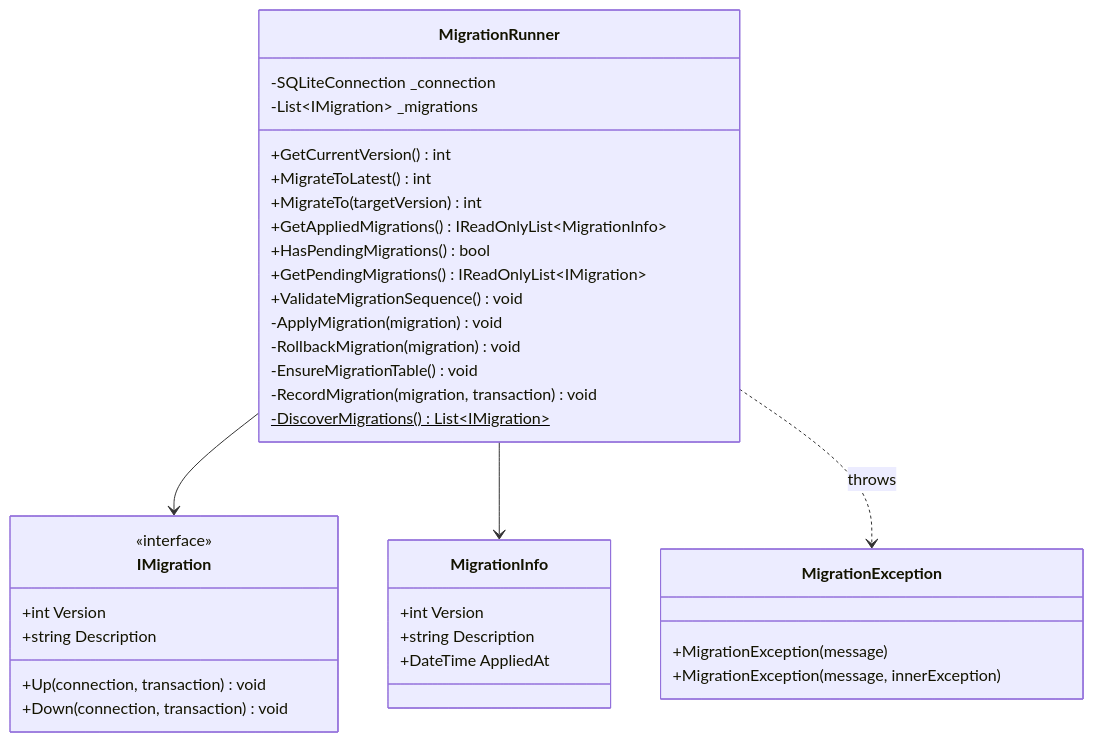
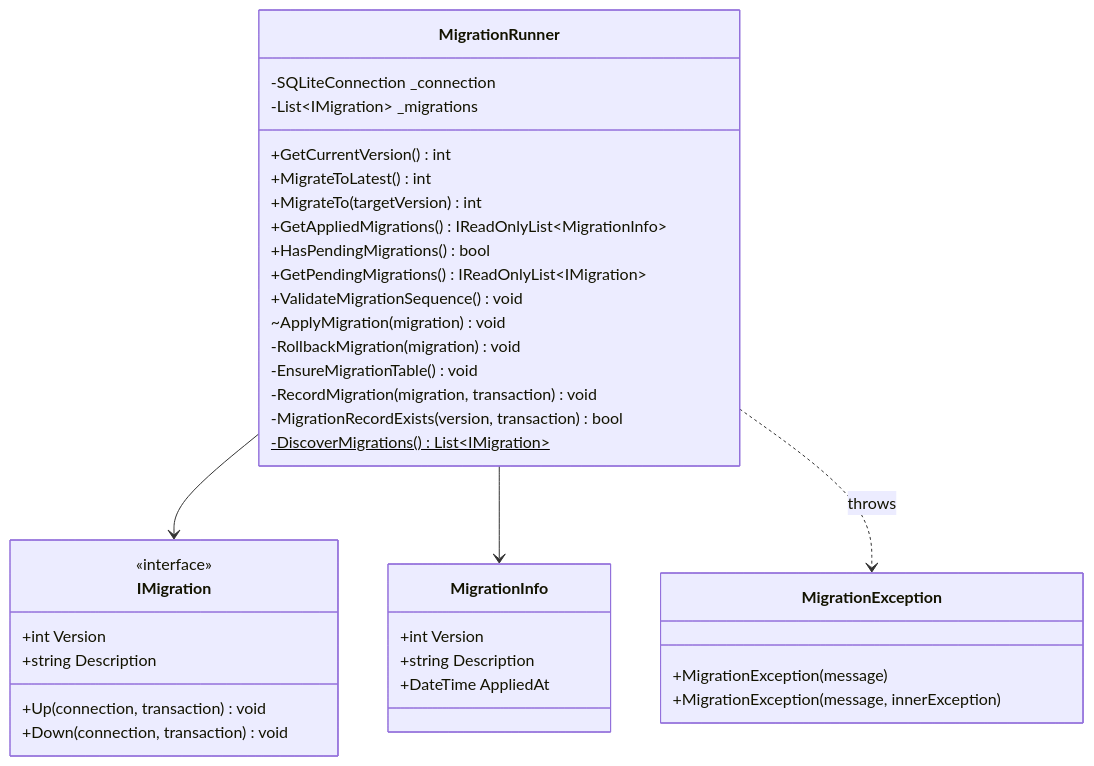
Diagram 45 of 48 in ICCardManager/docs/design/05_クラス設計書.md (kuwayamamasayuki/ICCardManager), drawn with Mermaid before and after one commit. The commit also changed other lines of this file and 8 other files, not shown here.

````diff
--- a/ICCardManager/docs/design/05_クラス設計書.md
+++ b/ICCardManager/docs/design/05_クラス設計書.md
@@ -2247,42 +2247,43 @@
 ```mermaid
 classDiagram
     class MigrationRunner {
         -SQLiteConnection _connection
         -List~IMigration~ _migrations
         +GetCurrentVersion() int
         +MigrateToLatest() int
         +MigrateTo(targetVersion) int
         +GetAppliedMigrations() IReadOnlyList~MigrationInfo~
         +HasPendingMigrations() bool
         +GetPendingMigrations() IReadOnlyList~IMigration~
         +ValidateMigrationSequence() void
-        -ApplyMigration(migration) void
+        ~ApplyMigration(migration) void
         -RollbackMigration(migration) void
         -EnsureMigrationTable() void
         -RecordMigration(migration, transaction) void
+        -MigrationRecordExists(version, transaction) bool
         -DiscoverMigrations()$ List~IMigration~
     }
 
     class IMigration {
         <<interface>>
         +int Version
         +string Description
         +Up(connection, transaction) void
         +Down(connection, transaction) void
     }
 
     class MigrationInfo {
         +int Version
         +string Description
         +DateTime AppliedAt
     }
 
     class MigrationException {
         +MigrationException(message)
         +MigrationException(message, innerException)
     }
 
     MigrationRunner --> IMigration
     MigrationRunner --> MigrationInfo
     MigrationRunner ..> MigrationException : throws
 ```
````
